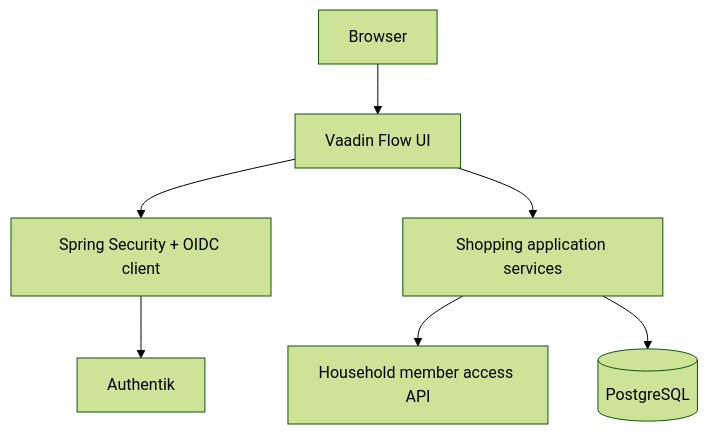
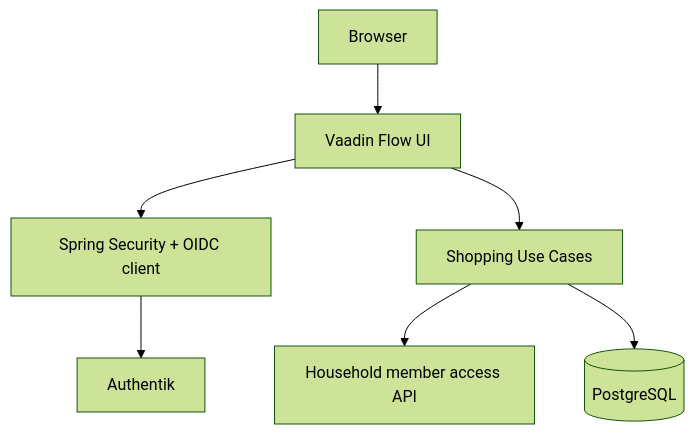
One commit to denmette/plukk changed the second of 4 diagrams in docs/architecture.md. Above: the diagram before and after it, drawn with Mermaid (forest theme). The commit also changed other lines of this file and 27 other files, not shown here.

Commit message:
refactor(shopping): migrate orchestration to use cases

````diff
--- a/docs/architecture.md
+++ b/docs/architecture.md
@@ -34,9 +34,9 @@
 ```mermaid
 flowchart TD
     Browser --> Vaadin[Vaadin Flow UI]
     Vaadin --> Security[Spring Security + OIDC client]
     Security --> Authentik[Authentik]
-    Vaadin --> Shopping[Shopping application services]
+    Vaadin --> Shopping[Shopping Use Cases]
     Shopping --> Identity[Household member access API]
     Shopping --> Postgres[(PostgreSQL)]
 ```
````
